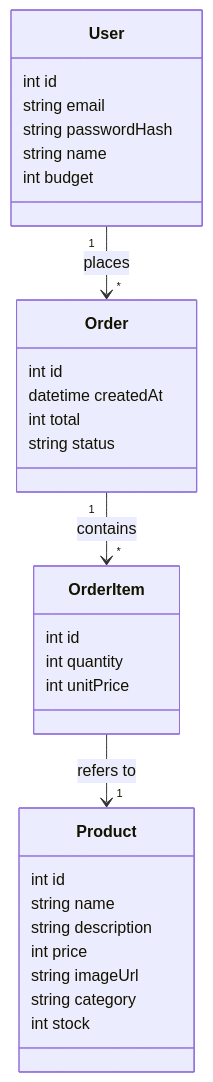
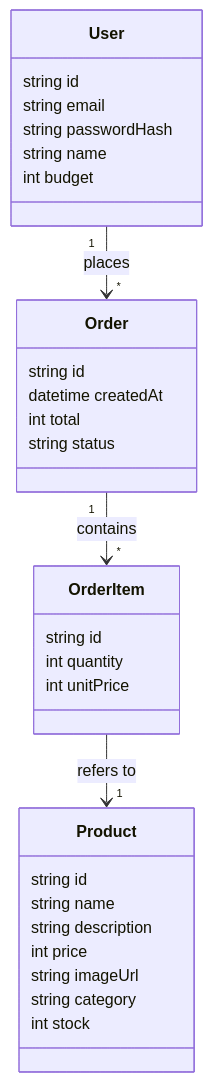
The diagram in architecture.md (JANE3117/AI_Industry_Training), drawn with Mermaid before and after one commit. The commit also changed other lines of this file and 2 other files, not shown here.

````diff
--- a/architecture.md
+++ b/architecture.md
@@ -148,37 +148,37 @@
 ```mermaid
 classDiagram
     class User {
-        int id
+        string id
         string email
         string passwordHash
         string name
         int budget
     }
 
     class Product {
-        int id
+        string id
         string name
         string description
         int price
         string imageUrl
         string category
         int stock
     }
 
     class Order {
-        int id
+        string id
         datetime createdAt
         int total
         string status
     }
 
     class OrderItem {
-        int id
+        string id
         int quantity
         int unitPrice
     }
 
     User "1" --> "*" Order : places
     Order "1" --> "*" OrderItem : contains
     OrderItem --> "1" Product : refers to
 ```
````
